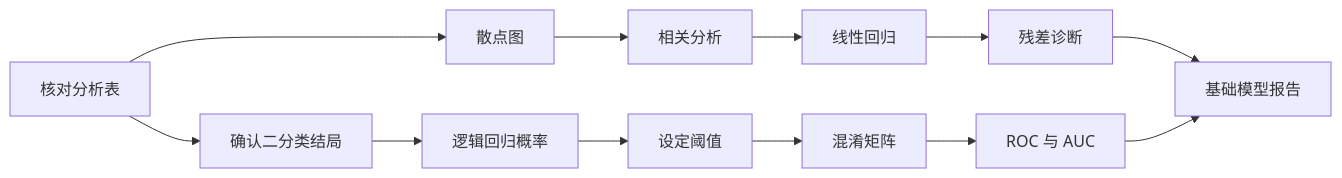
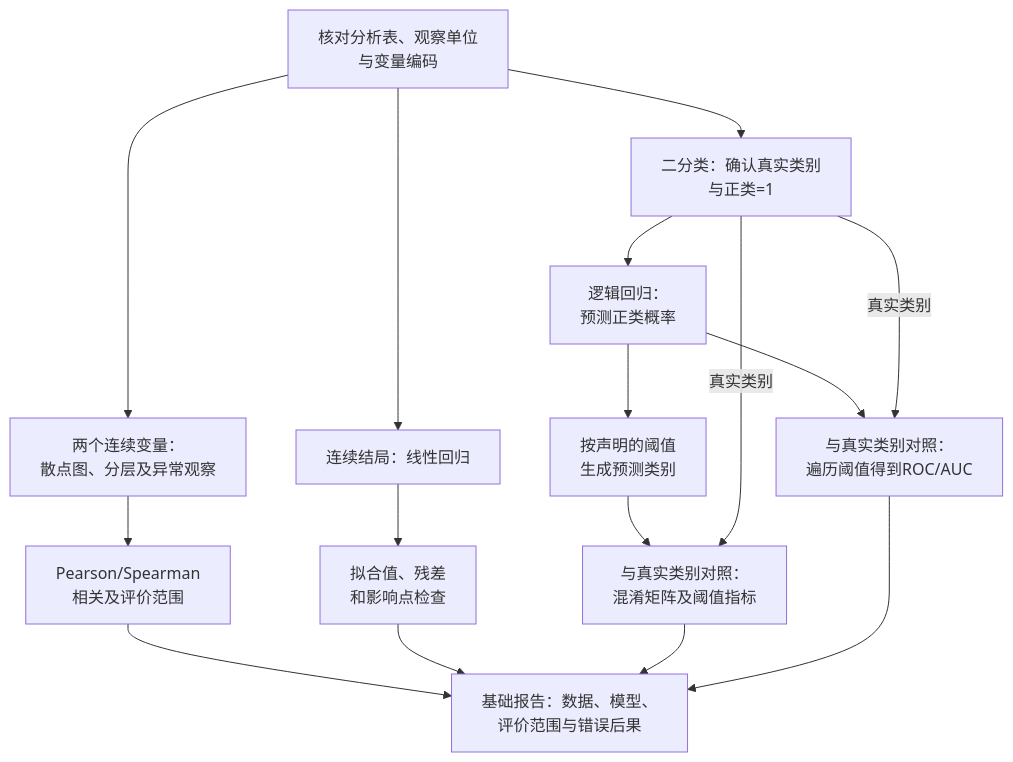
One commit to luvega/AI_MED_DataVis changed the first of 3 diagrams in docs/chapters/chapter-9/index.md. Above: the diagram before and after it, drawn with Mermaid. The commit also changed other lines of this file and 30 other files, not shown here.

Commit message:
Redraw textbook diagrams and correct data-flow relationships

````diff
--- a/docs/chapters/chapter-9/index.md
+++ b/docs/chapters/chapter-9/index.md
@@ -28,14 +28,18 @@
 ```mermaid
-flowchart LR
-  A["核对分析表"] --> B["散点图"]
-  B --> C["相关分析"]
-  C --> D["线性回归"]
-  D --> E["残差诊断"]
-  A --> F["确认二分类结局"]
-  F --> G["逻辑回归概率"]
-  G --> H["设定阈值"]
-  H --> I["混淆矩阵"]
-  I --> J["ROC 与 AUC"]
-  E --> K["基础模型报告"]
+flowchart TD
+  A["核对分析表、观察单位<br/>与变量编码"] --> B["两个连续变量：<br/>散点图、分层及异常观察"]
+  B --> C["Pearson/Spearman<br/>相关及评价范围"]
+  A --> D["连续结局：线性回归"]
+  D --> E["拟合值、残差<br/>和影响点检查"]
+  A --> F["二分类：确认真实类别<br/>与正类=1"]
+  F --> G["逻辑回归：<br/>预测正类概率"]
+  G --> H["按声明的阈值<br/>生成预测类别"]
+  H --> I["与真实类别对照：<br/>混淆矩阵及阈值指标"]
+  F -->|真实类别| I
+  G --> J["与真实类别对照：<br/>遍历阈值得到ROC/AUC"]
+  F -->|真实类别| J
+  C --> K["基础报告：数据、模型、<br/>评价范围与错误后果"]
+  E --> K
+  I --> K
   J --> K
 ```
````
